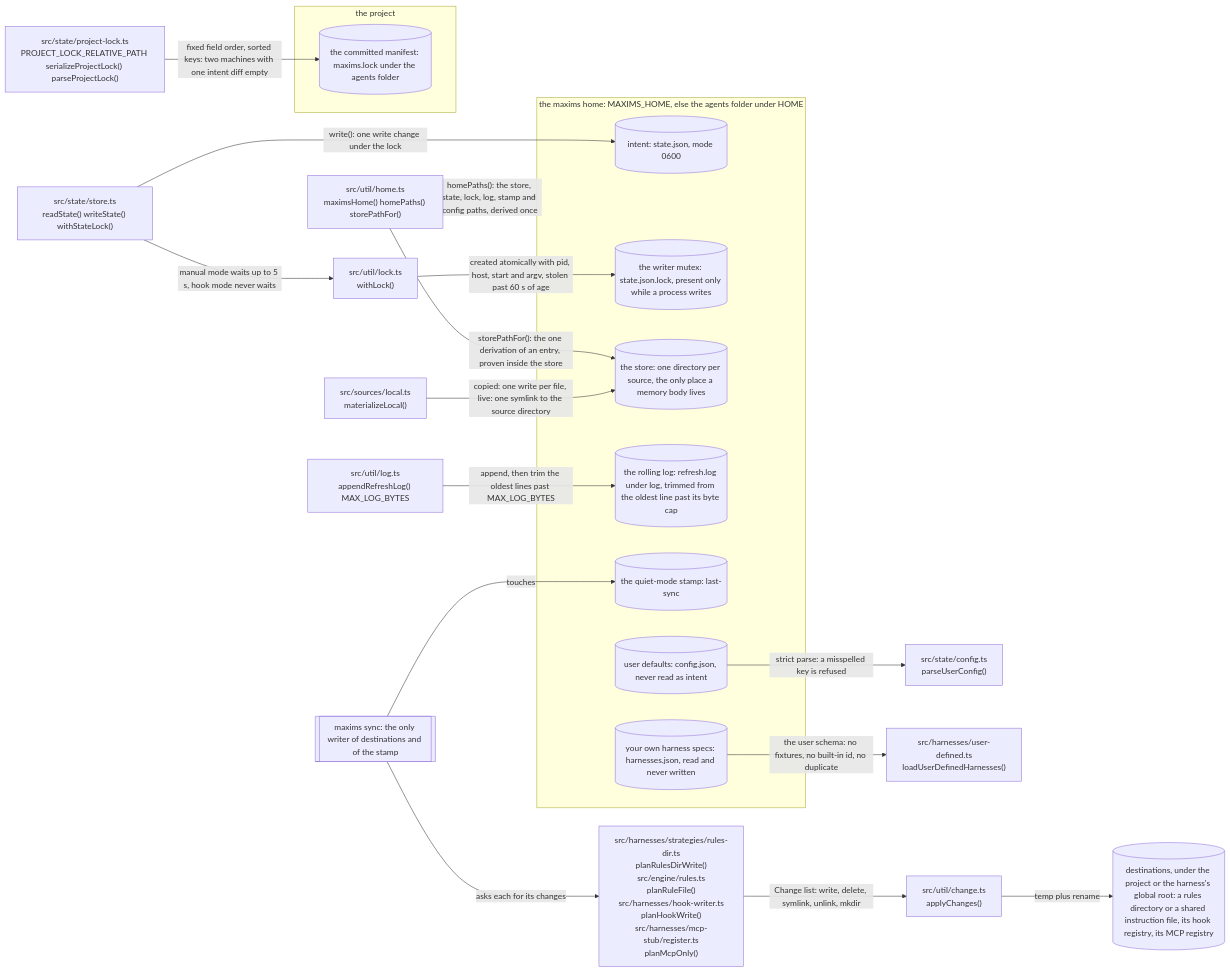
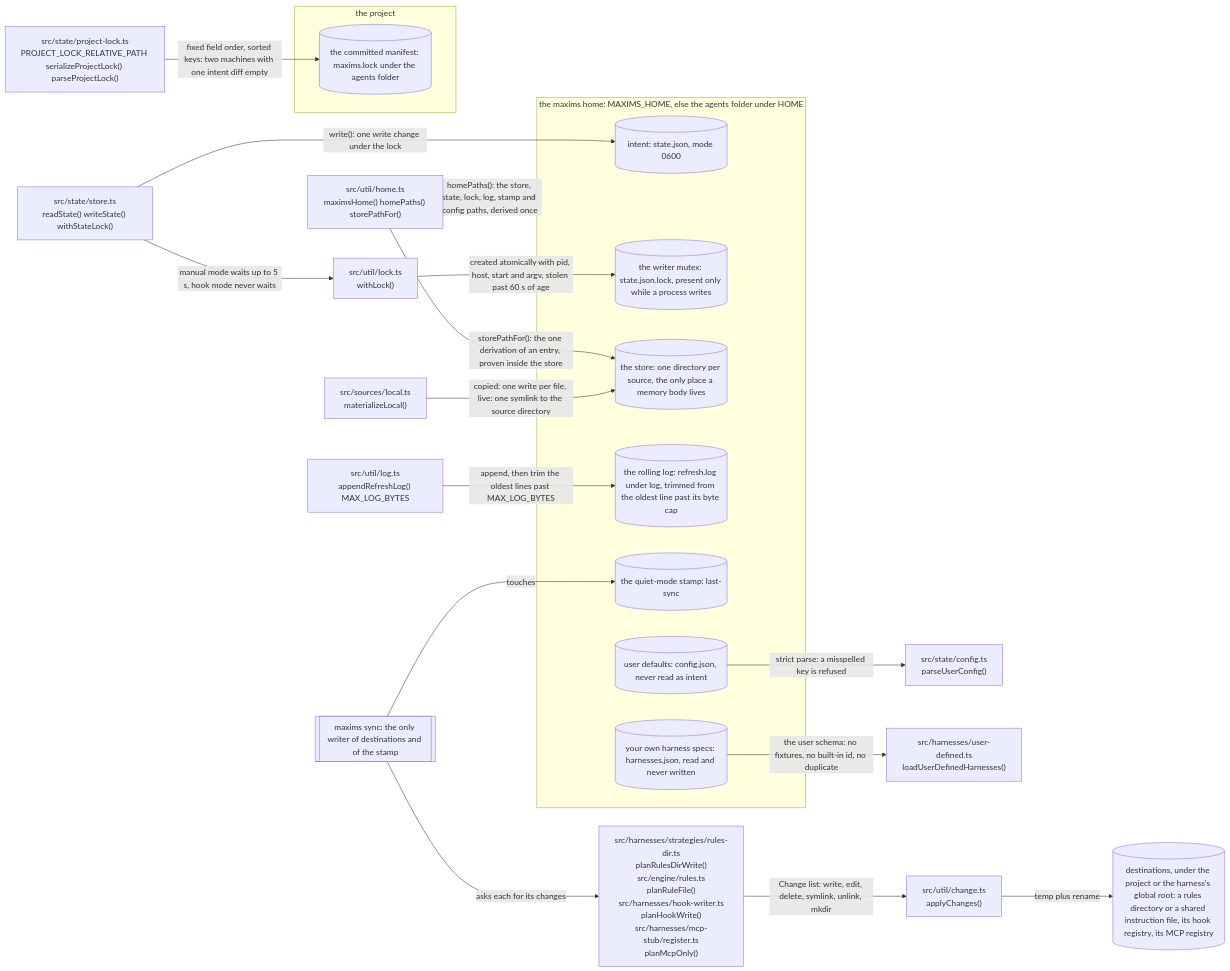
One commit to Vivswan/maxims changed the first of 15 diagrams in docs/architecture.md. Above: the diagram before and after it, drawn with Mermaid. The commit also changed other lines of this file and 14 other files, not shown here.

````diff
--- a/docs/architecture.md
+++ b/docs/architecture.md
@@ -16,41 +16,41 @@
 ```mermaid
 flowchart LR
   home["src/util/home.ts<br>maximsHome() homePaths() storePathFor()"]
   subgraph homedir["the maxims home: MAXIMS_HOME, else the agents folder under HOME"]
     statefile[("intent: state.json, mode 0600")]
     lockfile[("the writer mutex: state.json.lock, present only while a process writes")]
     storedir[("the store: one directory per source, the only place a memory body lives")]
     logfile[("the rolling log: refresh.log under log, trimmed from the oldest line past its byte cap")]
     stamp[("the quiet-mode stamp: last-sync")]
     configfile[("user defaults: config.json, never read as intent")]
     userharness[("your own harness specs: harnesses.json, read and never written")]
   end
   subgraph project["the project"]
     projlock[("the committed manifest: maxims.lock under the agents folder")]
   end
   dest[("destinations, under the project or the harness's global root: a rules directory or a shared instruction file, its hook registry, its MCP registry")]
   store["src/state/store.ts<br>readState() writeState() withStateLock()"]
   lock["src/util/lock.ts<br>withLock()"]
   log["src/util/log.ts<br>appendRefreshLog() MAX_LOG_BYTES"]
   config["src/state/config.ts<br>parseUserConfig()"]
   userdef["src/harnesses/user-defined.ts<br>loadUserDefinedHarnesses()"]
   plock["src/state/project-lock.ts<br>PROJECT_LOCK_RELATIVE_PATH serializeProjectLock() parseProjectLock()"]
   local["src/sources/local.ts<br>materializeLocal()"]
   planners["src/harnesses/strategies/rules-dir.ts<br>planRulesDirWrite()<br>src/engine/rules.ts<br>planRuleFile()<br>src/harnesses/hook-writer.ts<br>planHookWrite()<br>src/harnesses/mcp-stub/register.ts<br>planMcpOnly()"]
   apply["src/util/change.ts<br>applyChanges()"]
   sync[["maxims sync: the only writer of destinations and of the stamp"]]
   home -->|"homePaths(): the store, state, lock, log, stamp and config paths, derived once"| homedir
   home -->|"storePathFor(): the one derivation of an entry, proven inside the store"| storedir
   store -->|"write(): one write change under the lock"| statefile
   store -->|"manual mode waits up to 5 s, hook mode never waits"| lock
   lock -->|"created atomically with pid, host, start and argv, stolen past 60 s of age"| lockfile
   local -->|"copied: one write per file, live: one symlink to the source directory"| storedir
   log -->|"append, then trim the oldest lines past MAX_LOG_BYTES"| logfile
   configfile -->|"strict parse: a misspelled key is refused"| config
   userharness -->|"the user schema: no fixtures, no built-in id, no duplicate"| userdef
   plock -->|"fixed field order, sorted keys: two machines with one intent diff empty"| projlock
   sync -->|"touches"| stamp
   sync -->|"asks each for its changes"| planners
-  planners -->|"Change list: write, delete, symlink, unlink, mkdir"| apply
+  planners -->|"Change list: write, edit, delete, symlink, unlink, mkdir"| apply
   apply -->|"temp plus rename"| dest
 ```
````
